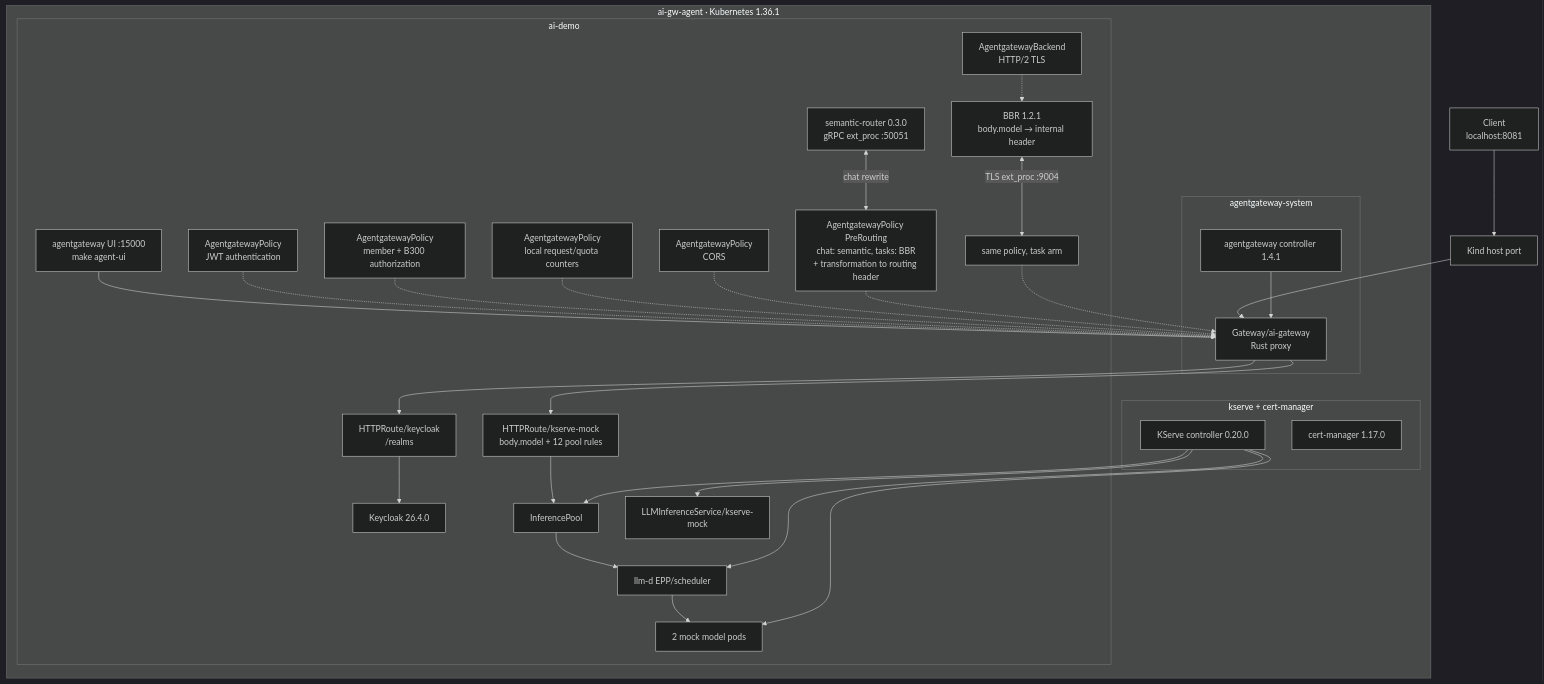
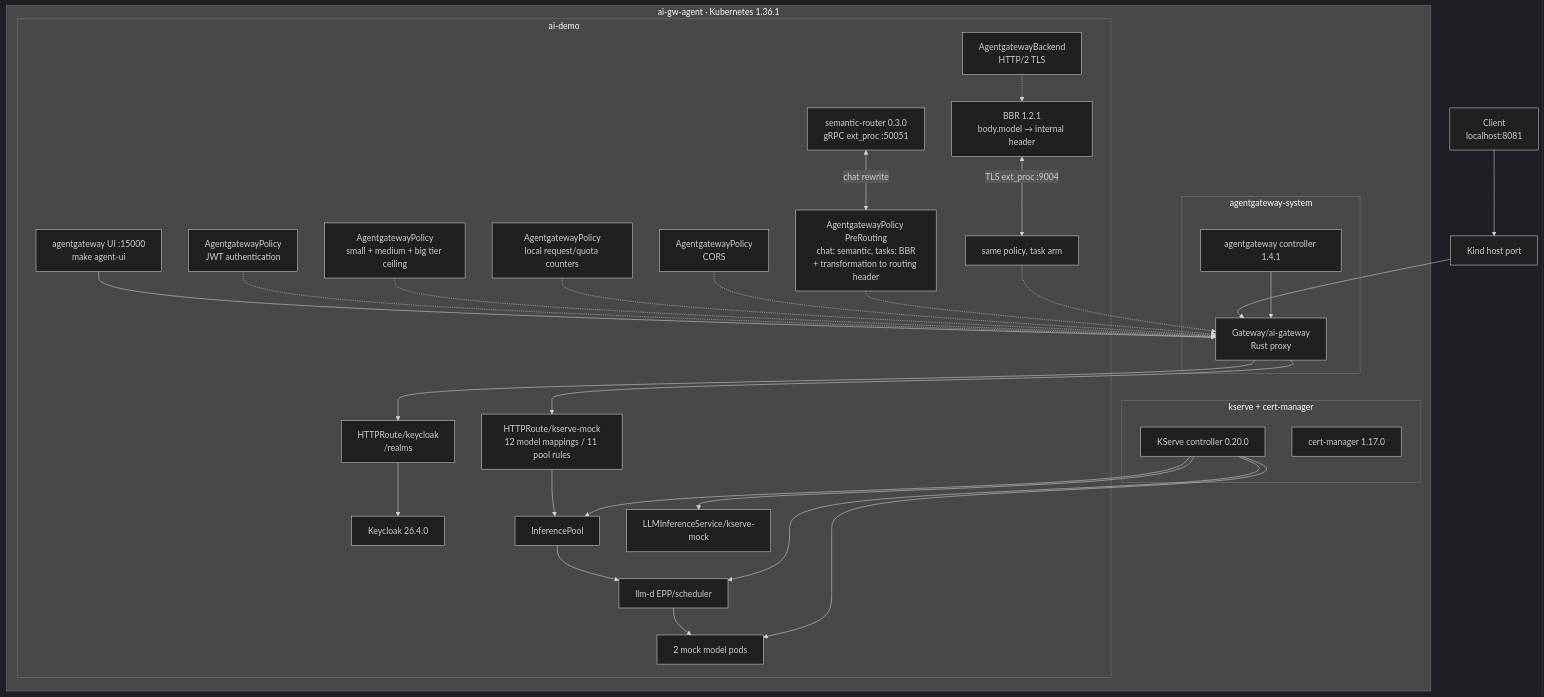
The third of 3 diagrams in README.md (nolimitkun/ai-gateway), drawn with Mermaid (dark theme) before and after one commit. The commit also changed other lines of this file and 45 other files, not shown here.

First line of the commit message:
Unify gateway authorization on model tiers (#17)

````diff
--- a/README.md
+++ b/README.md
@@ -451,36 +452,36 @@
 ```mermaid
 flowchart TB
   C["Client<br/>localhost:8081"] --> KP["Kind host port"] --> GW
 
   subgraph K["ai-gw-agent · Kubernetes 1.36.1"]
     subgraph AGS["agentgateway-system"]
       AGC["agentgateway controller 1.4.1"] --> GW
     end
     subgraph APP["ai-demo"]
       GW["Gateway/ai-gateway<br/>Rust proxy"]
       UI["agentgateway UI :15000<br/>make agent-ui"] --- GW
       KR["HTTPRoute/keycloak<br/>/realms"] --> KC["Keycloak 26.4.0"]
-      R["HTTPRoute/kserve-mock<br/>body.model + 12 pool rules"] --> P["InferencePool"]
+      R["HTTPRoute/kserve-mock<br/>12 model mappings / 11 pool rules"] --> P["InferencePool"]
       JWT["AgentgatewayPolicy<br/>JWT authentication"] -.-> GW
-      AZ["AgentgatewayPolicy<br/>member + B300 authorization"] -.-> GW
+      AZ["AgentgatewayPolicy<br/>small + medium + big tier ceiling"] -.-> GW
       RL["AgentgatewayPolicy<br/>local request/quota counters"] -.-> GW
       CORS["AgentgatewayPolicy<br/>CORS"] -.-> GW
       EP["AgentgatewayPolicy PreRouting<br/>chat: semantic, tasks: BBR<br/>+ transformation to routing header"] -.-> GW
       SR["semantic-router 0.3.0<br/>gRPC ext_proc :50051"] <-->|"chat rewrite"| EP
       BP["same policy, task arm"] -.-> GW
       BBR["BBR 1.2.1<br/>body.model → internal header"] <-->|"TLS ext_proc :9004"| BP
       AGB["AgentgatewayBackend<br/>HTTP/2 TLS"] -.-> BBR
       P --> EPP["llm-d EPP/scheduler"] --> PODS["2 mock model pods"]
       LLM["LLMInferenceService/kserve-mock"]
     end
     subgraph KSV["kserve + cert-manager"]
       CTRL["KServe controller 0.20.0"] --> LLM
       CTRL --> P
       CTRL --> EPP
       CTRL --> PODS
       CM["cert-manager 1.17.0"]
     end
     GW --> KR
     GW --> R
   end
 ```
````
